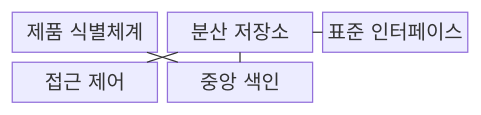
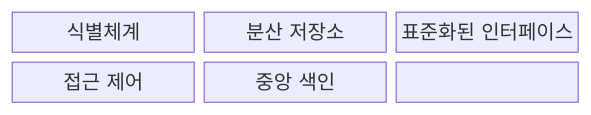
One commit to agnusdei1207/knowledge-base changed the first of 2 diagrams in src/content/docs/notes/08-latest-tech/211_digital_product_passport.md. Above: the diagram before and after it, drawn with Mermaid. The commit also changed other lines of this file and 228 other files, not shown here.

````diff
--- a/src/content/docs/notes/08-latest-tech/211_digital_product_passport.md
+++ b/src/content/docs/notes/08-latest-tech/211_digital_product_passport.md
@@ -51,13 +49,11 @@
 ```mermaid
 block-beta
   columns 3
-  A["제품 식별체계"]
-  B["분산 저장소"]
-  C["표준 인터페이스"]
-  D["접근 제어"]
-  E["중앙 색인"]
-  A --- E
-  E --- B
-  C --- B
-  D --- B
+  N0["식별체계"]
+  N1["분산 저장소"]
+  N2["표준화된 인터페이스"]
+  N3["접근 제어"]
+  N4["중앙 색인"]
+  N0 --- N1 --- N2
+  N2 --- N3 --- N4
 ```
````
